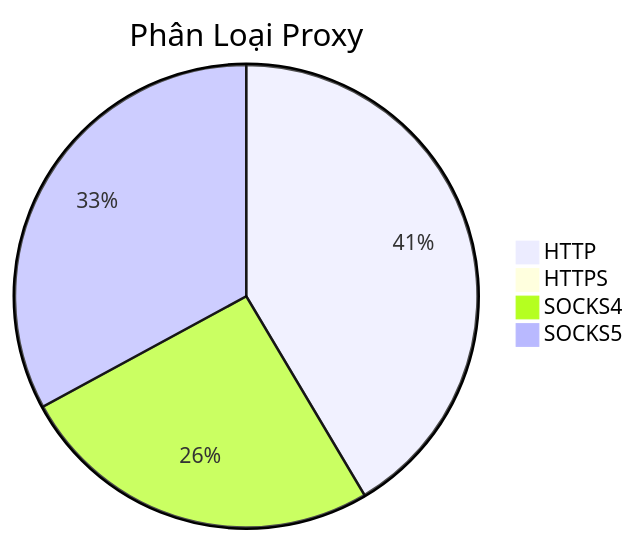
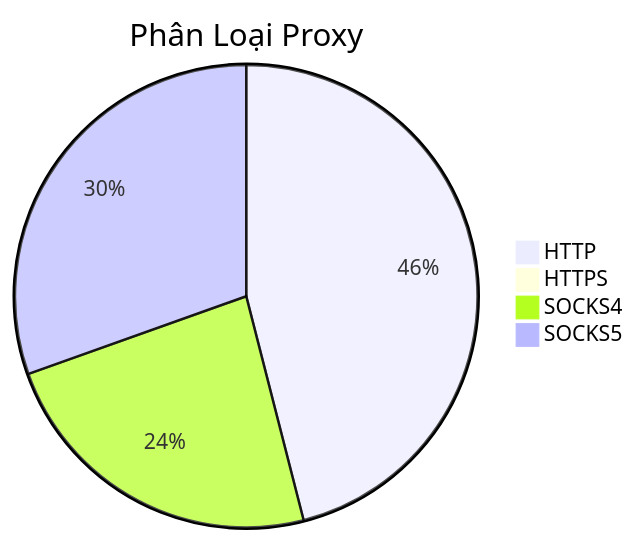
The diagram in README.md (Ciara-12/PROXY-free), drawn with Mermaid before and after one commit. The commit also changed other lines of this file and 3 other files, not shown here.

````diff
--- a/README.md
+++ b/README.md
@@ -26,7 +26,7 @@
 ```mermaid
 pie title Phân Loại Proxy
-    "HTTP" : 471
+    "HTTP" : 559
     "HTTPS" : 0
-    "SOCKS4" : 291
-    "SOCKS5" : 374
+    "SOCKS4" : 286
+    "SOCKS5" : 370
 ```
````
